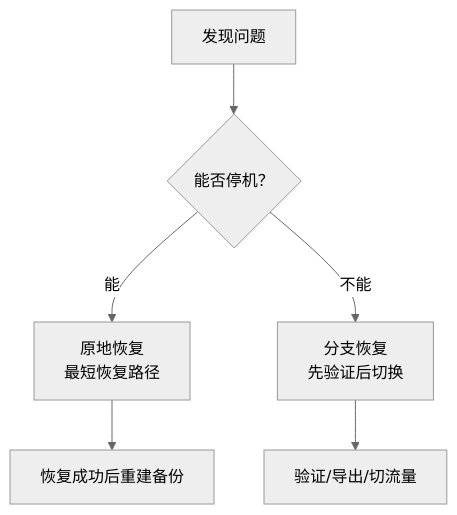
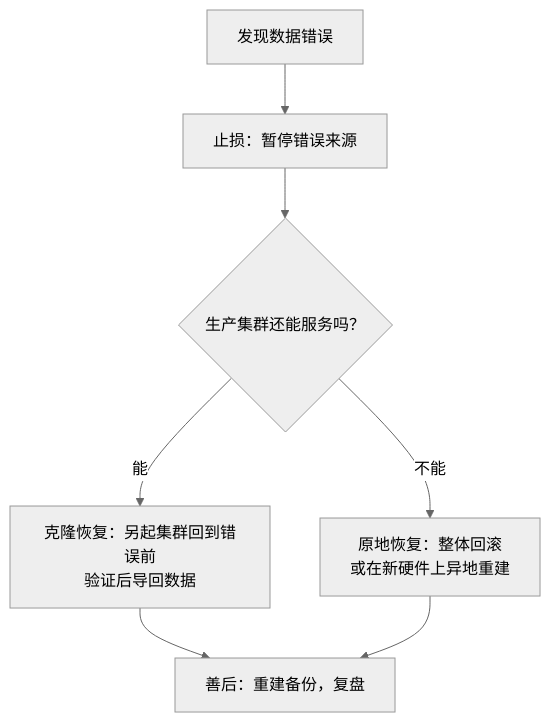
The diagram in content/docs/concept/pitr/scenarios.md (pgsty/pigsty.cc), drawn with Mermaid (neutral theme) before and after one commit. The commit also changed other lines of this file and 12 other files, not shown here.

````diff
--- a/content/docs/concept/pitr/scenarios.md
+++ b/content/docs/concept/pitr/scenarios.md
@@ -36,8 +38,9 @@
 ```mermaid
 flowchart TD
-    A["发现问题"] --> B{"能否停机？"}
-    B -->|能| C["原地恢复<br/>最短恢复路径"]
-    B -->|不能| D["分支恢复<br/>先验证后切换"]
-    C --> E["恢复成功后重建备份"]
-    D --> F["验证/导出/切流量"]
+    A["发现数据错误"] --> B["止损：暂停错误来源"]
+    B --> C{"生产集群还能服务吗？"}
+    C -->|能| D["克隆恢复：另起集群回到错误前<br/>验证后导回数据"]
+    C -->|不能| E["原地恢复：整体回滚<br/>或在新硬件上异地重建"]
+    D --> F["善后：重建备份，复盘"]
+    E --> F
 ```
````
